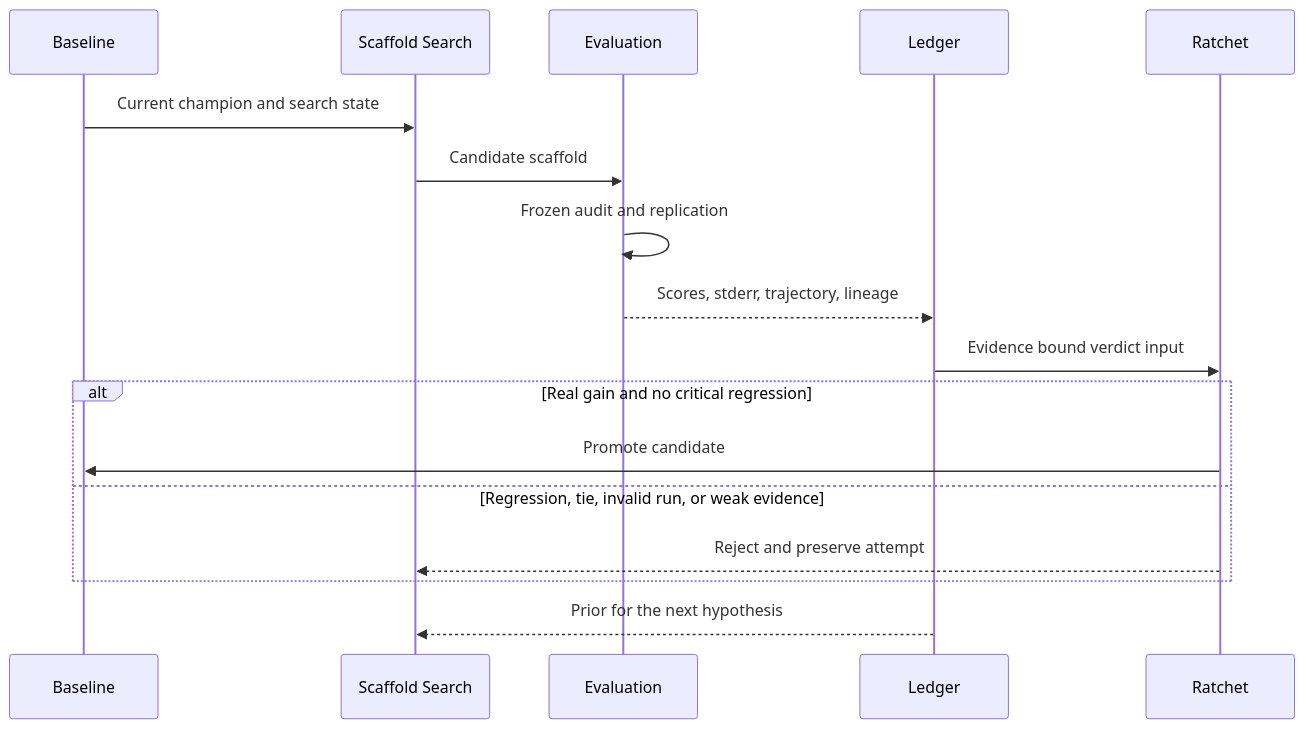
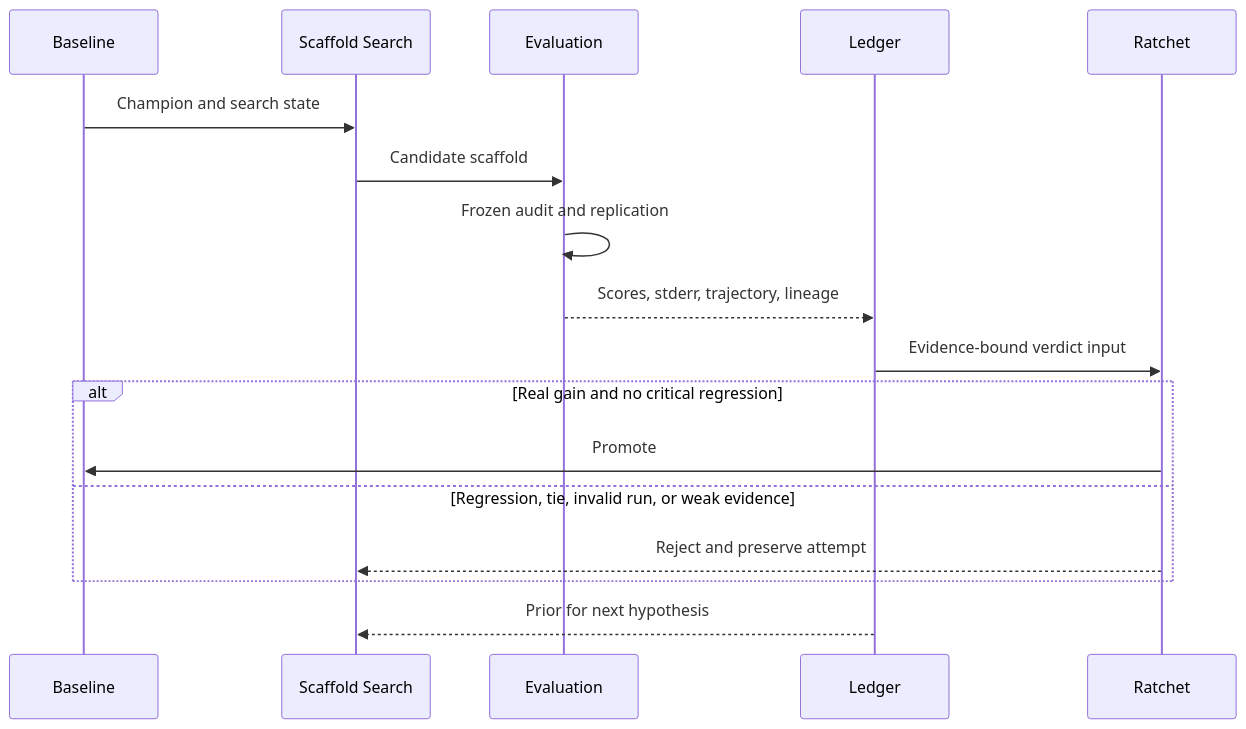
The fourth of 5 diagrams in README_EN.md (mangowhoiscloud/mangowhoiscloud), drawn with Mermaid before and after one commit. The commit also changed other lines of this file, not shown here.

Commit message:
docs(profile): compact English architecture narrative

````diff
--- a/README_EN.md
+++ b/README_EN.md
@@ -126,20 +114,19 @@
 ```mermaid
 sequenceDiagram
     participant B as Baseline
     participant S as Scaffold Search
     participant E as Evaluation
     participant L as Ledger
     participant R as Ratchet
-
-    B->>S: Current champion and search state
+    B->>S: Champion and search state
     S->>E: Candidate scaffold
     E->>E: Frozen audit and replication
     E-->>L: Scores, stderr, trajectory, lineage
-    L->>R: Evidence bound verdict input
+    L->>R: Evidence-bound verdict input
     alt Real gain and no critical regression
-        R->>B: Promote candidate
+        R->>B: Promote
     else Regression, tie, invalid run, or weak evidence
         R-->>S: Reject and preserve attempt
     end
-    L-->>S: Prior for the next hypothesis
+    L-->>S: Prior for next hypothesis
 ```
````
